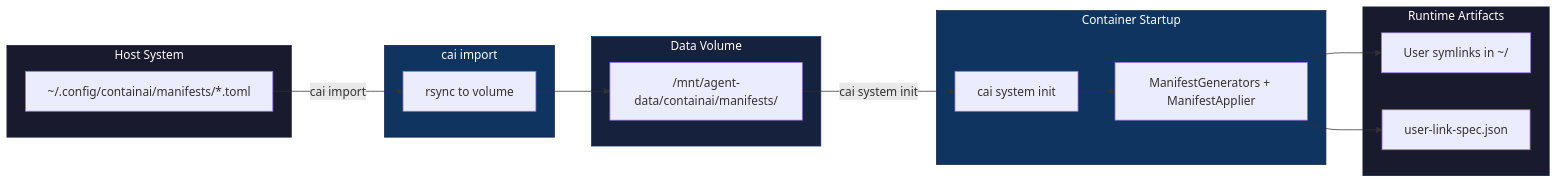
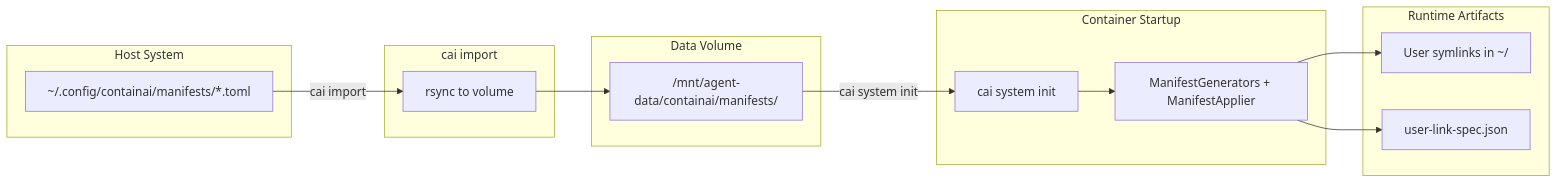
One commit to novotnyllc/ContainAI changed the third of 3 diagrams in docs/sync-architecture.md. Above: the diagram before and after it, drawn with Mermaid. The commit also changed other lines of this file and 14 other files, not shown here.

````diff
--- a/docs/sync-architecture.md
+++ b/docs/sync-architecture.md
@@ -343,37 +335,32 @@
 ```mermaid
 flowchart LR
     subgraph Host["Host System"]
         UserManifests["~/.config/containai/manifests/*.toml"]
     end
 
     subgraph Import["cai import"]
         SyncOp["rsync to volume"]
     end
 
     subgraph Volume["Data Volume"]
         VolManifests["/mnt/agent-data/containai/manifests/"]
     end
 
     subgraph Container["Container Startup"]
         InitRuntime["cai system init"]
         ManifestRuntime["ManifestGenerators + ManifestApplier"]
     end
 
     subgraph Runtime["Runtime Artifacts"]
         Symlinks["User symlinks in ~/"]
         LinkSpec["user-link-spec.json"]
     end
 
     UserManifests -->|"cai import"| SyncOp
     SyncOp --> VolManifests
     VolManifests -->|"cai system init"| InitRuntime
     InitRuntime --> ManifestRuntime
     ManifestRuntime --> Symlinks
     ManifestRuntime --> LinkSpec
 
-    style Host fill:#1a1a2e,stroke:#16213e,color:#fff
-    style Import fill:#0f3460,stroke:#16213e,color:#fff
-    style Volume fill:#16213e,stroke:#0f3460,color:#fff
-    style Container fill:#0f3460,stroke:#16213e,color:#fff
-    style Runtime fill:#1a1a2e,stroke:#16213e,color:#fff
 ```
````
